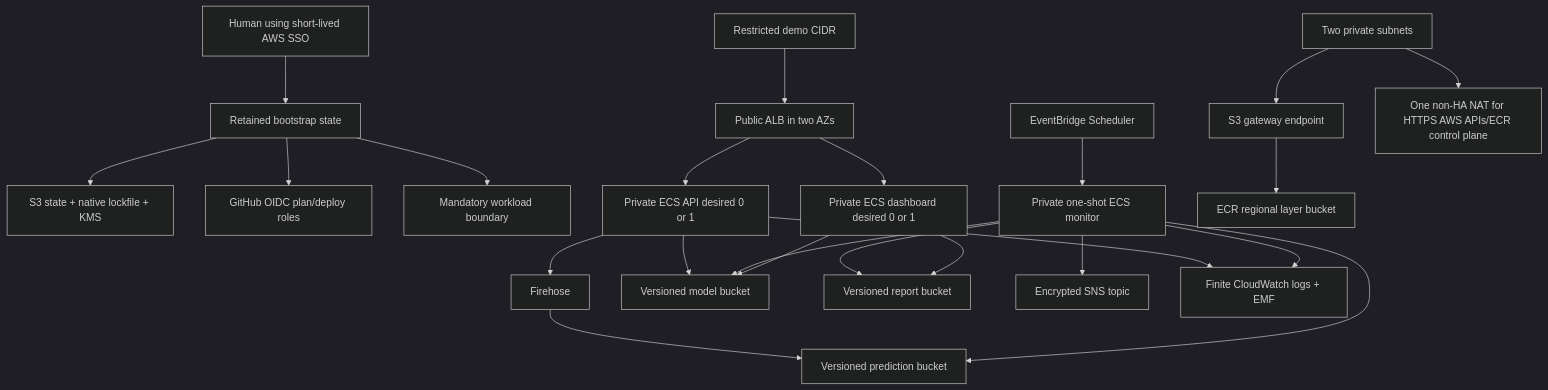
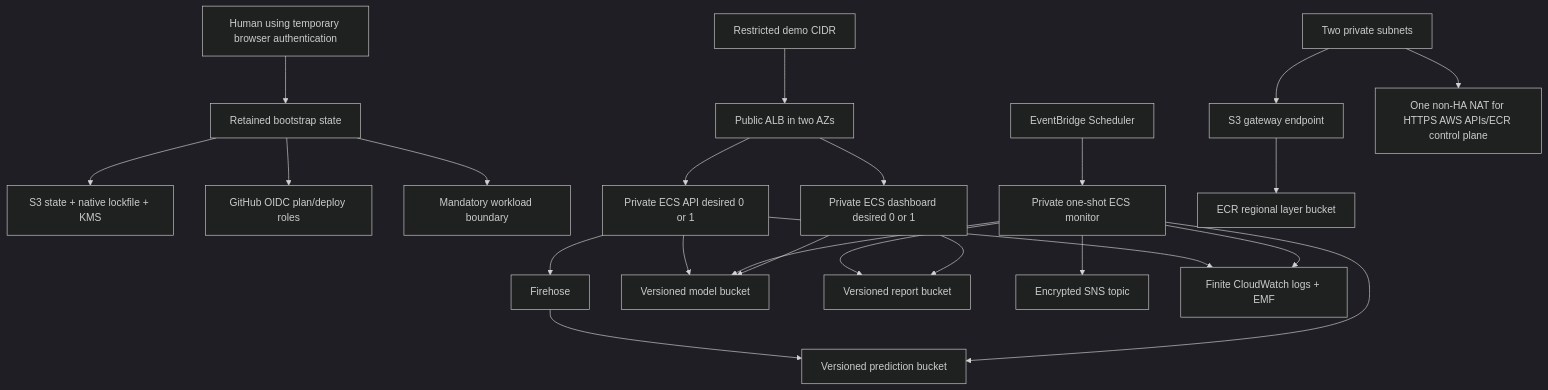
The diagram in docs/TERRAFORM_AWS.md (sikene3/modelguard-ai), drawn with Mermaid (dark theme) before and after one commit. The commit also changed other lines of this file and 98 other files, not shown here.

````diff
--- a/docs/TERRAFORM_AWS.md
+++ b/docs/TERRAFORM_AWS.md
@@ -14,27 +14,27 @@
 ```mermaid
 flowchart TB
-    Human[Human using short-lived AWS SSO] --> Bootstrap[Retained bootstrap state]
+    Human[Human using temporary browser authentication] --> Bootstrap[Retained bootstrap state]
     Bootstrap --> State[S3 state + native lockfile + KMS]
     Bootstrap --> OIDC[GitHub OIDC plan/deploy roles]
     Bootstrap --> Boundary[Mandatory workload boundary]
 
     User[Restricted demo CIDR] --> ALB[Public ALB in two AZs]
     ALB --> API[Private ECS API desired 0 or 1]
     ALB --> Dashboard[Private ECS dashboard desired 0 or 1]
     API --> Firehose[Firehose]
     Firehose --> Events[Versioned prediction bucket]
     API --> Models[Versioned model bucket]
     Scheduler[EventBridge Scheduler] --> Monitor[Private one-shot ECS monitor]
     Monitor --> Events
     Monitor --> Models
     Monitor --> Reports[Versioned report bucket]
     Monitor --> SNS[Encrypted SNS topic]
     Dashboard --> Models
     Dashboard --> Reports
     API --> Logs[Finite CloudWatch logs + EMF]
     Monitor --> Logs
 
     Private[Two private subnets] --> S3EP[S3 gateway endpoint]
     S3EP --> ECRLayers[ECR regional layer bucket]
     Private --> NAT[One non-HA NAT for HTTPS AWS APIs/ECR control plane]
 ```
````
